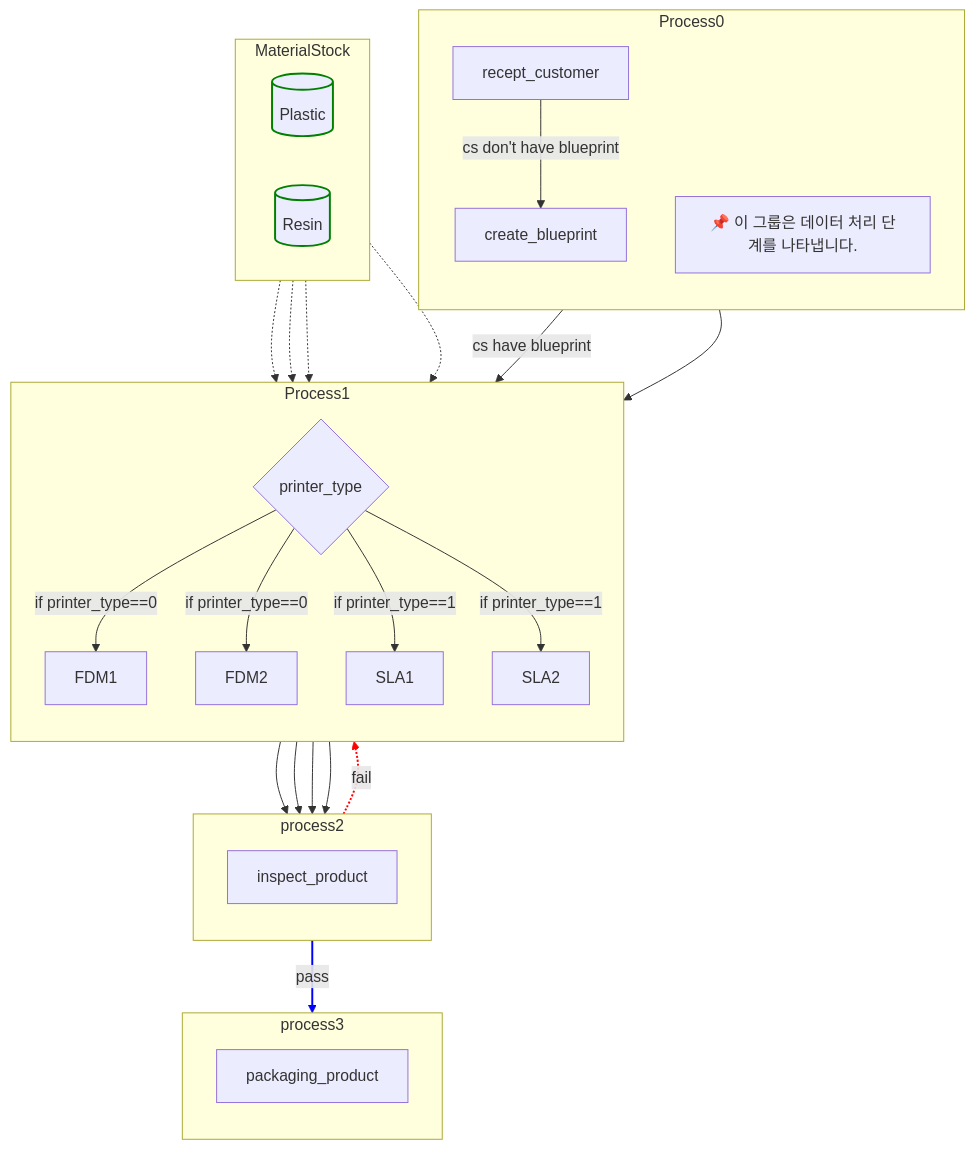
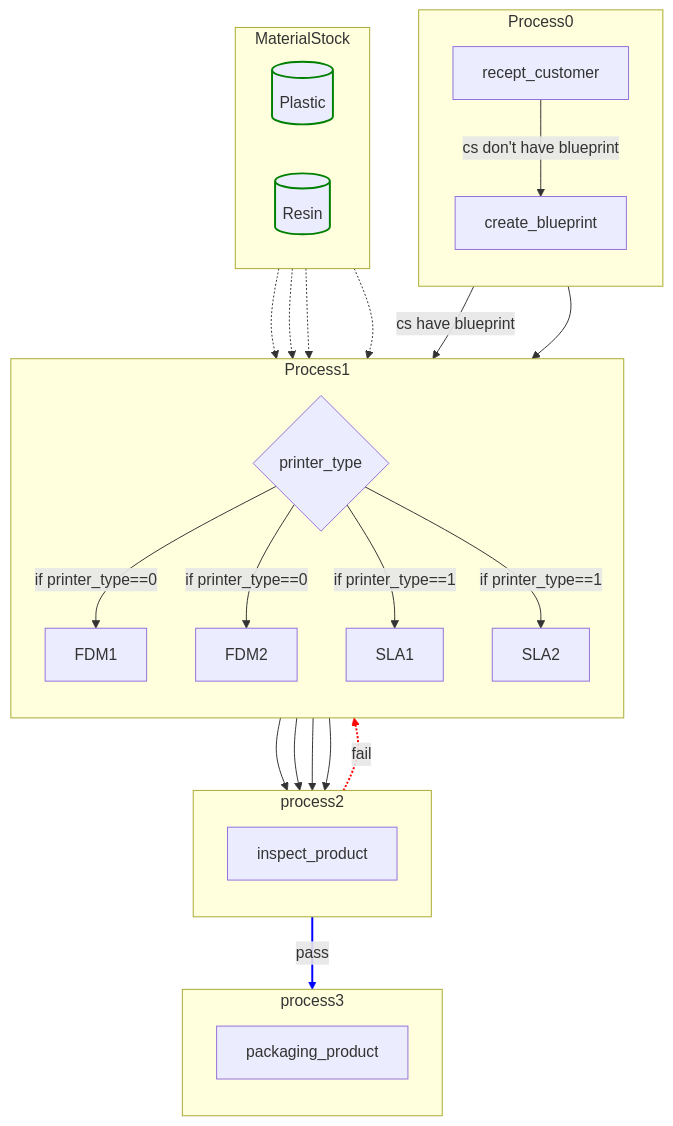
One commit to Hwonjin/3D_printing_Farm changed the diagram in 3D_printing_Farm_flowchart.mmd. Above: the diagram before and after it, drawn with Mermaid.

```diff
--- a/3D_printing_Farm_flowchart.mmd
+++ b/3D_printing_Farm_flowchart.mmd
@@ -1,65 +1,64 @@
 flowchart TB
 A[recept_customer]
 B[create_blueprint]
 C{printer_type}
 D_1[FDM1]
 D_2[FDM2]
 D_3[SLA1]
 D_4[SLA2]
 F[inspect_product]
 G[packaging_product]
 
 subgraph Process0
     direction TB
-    desc1["📌 이 그룹은 데이터 처리 단계를 나타냅니다."]
     A[recept_customer];
     B[create_blueprint];
     end
 
 subgraph Process1
     direction TB
     C{printer_type}
     D_1[FDM1]
     D_2[FDM2]
     D_3[SLA1]
     D_4[SLA2]
     end
 
 subgraph process2
     direction TB
     F[inspect_product];
     end
 
 subgraph process3
     direction TB
     G[packaging_product];
     end
 
 
 subgraph MaterialStock
     direction LR
     E_1[(Plastic)]:::Green;
     E_2[(Resin)]:::Green;
     end
 
 
 A-->|cs have blueprint| C;
 A-->|cs don't have blueprint| B;
 B--> C;
 C-->|if printer_type==0| D_1;
 C-->|if printer_type==0| D_2;
 C-->|if printer_type==1| D_3;
 C-->|if printer_type==1| D_4;
 E_1-.-> D_1;
 E_1-.-> D_2;
 E_2-.-> D_3;
 E_2-.-> D_4;
 D_1--> F;
 D_2--> F;
 D_3--> F;
 D_4--> F;
 F -.->|fail| C;
 F-->|pass| G;
 linkStyle 15 stroke:red, stroke-width:2px;
 linkStyle 16 stroke:blue, stroke-width:2px;
 classDef Green stroke:green, stroke-width:2px;
```
